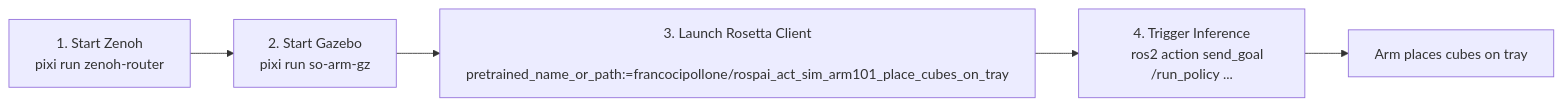
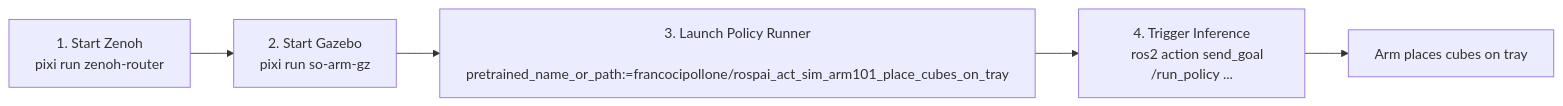
One commit to ros-physical-ai/demos changed the diagram in docs/demos/pretrained-demo.md. Above: the diagram before and after it, drawn with Mermaid. The commit also changed other lines of this file and 8 other files, not shown here.

````diff
--- a/docs/demos/pretrained-demo.md
+++ b/docs/demos/pretrained-demo.md
@@ -90,11 +90,11 @@
 ```mermaid
 flowchart LR
     A["1. Start Zenoh
     pixi run zenoh-router"] --> B["2. Start Gazebo
     pixi run so-arm-gz"]
-    B --> C["3. Launch Rosetta Client
+    B --> C["3. Launch Policy Runner
     pretrained_name_or_path:=francocipollone/rospai_act_sim_arm101_place_cubes_on_tray"]
     C --> D["4. Trigger Inference
     ros2 action send_goal /run_policy ..."]
     D --> E["Arm places cubes on tray"]
 ```
````
